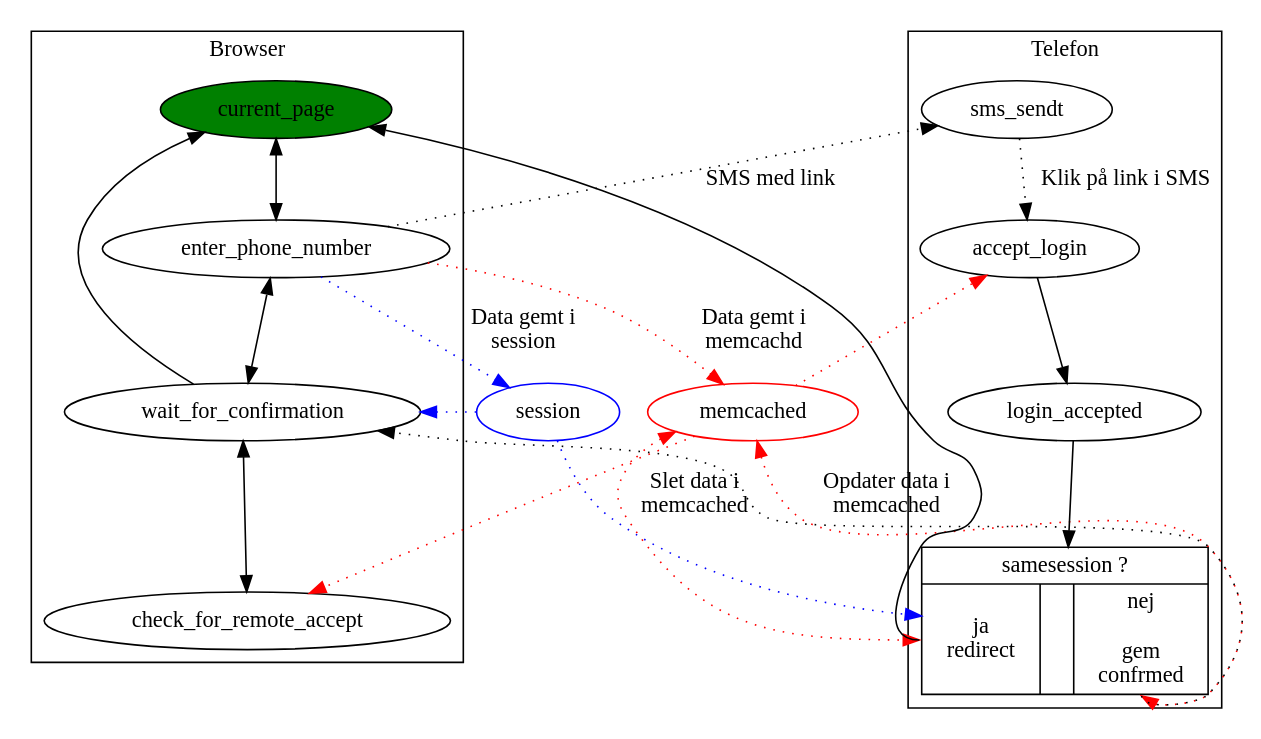
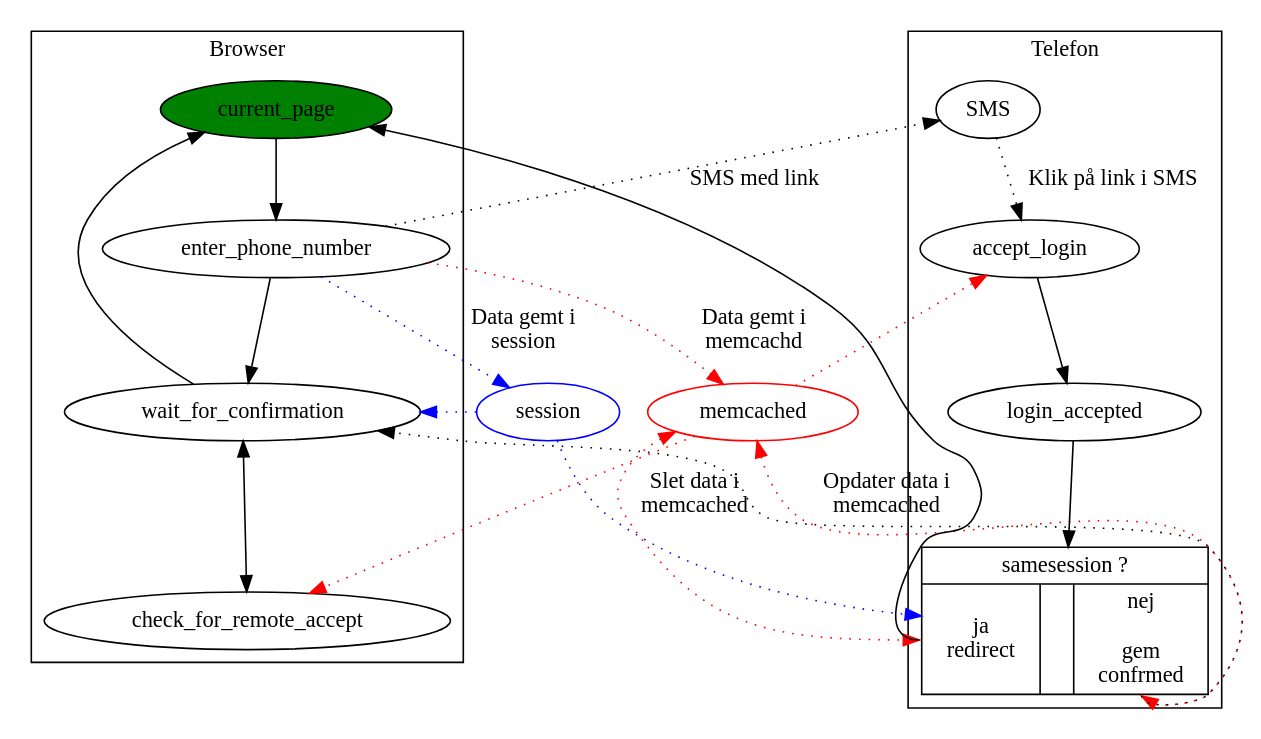
The diagram in projekter/sms-login.dot (alslug/alslug.dk), drawn with Graphviz before and after one commit.

```diff
--- a/projekter/sms-login.dot
+++ b/projekter/sms-login.dot
@@ -1,45 +1,40 @@
 digraph xxx {
   {
     edge [ color=red style=dotted ];
 ////////////////////////////////////////////////////////////////////////////////////////////
     enter_phone_number -> memcached [ label="Data gemt i \nmemcachd"]; /////
                           memcached [ color = red ];
                           memcached -> check_for_remote_accept;
                           memcached -> accept_login;
                           memcached -> same_session:ja [ label = "Slet data i \nmemcached" dir=both ];
                           memcached -> same_session:nej [ label = "Opdater data i \nmemcached" dir=both ];
 ////////////////////////////////////////////////////////////////////////////////////////////
   }
   {
     edge [ color=blue style=dotted ];
 ////////////////////////////////////////////////////////////////////////////////////////////
         enter_phone_number -> session [ label="Data gemt i \nsession"];    /////
                               session [ color = blue ];
                               session -> wait_for_confirmation;
                               session -> same_session;
 ////////////////////////////////////////////////////////////////////////////////////////////
   }
   subgraph cluster_browser {
     label = "Browser";
 
     current_page [ style=filled fillcolor=green ];
-    current_page ->
-          enter_phone_number ->
-                wait_for_confirmation ->
-                      check_for_remote_accept [ dir=both ];
+    current_page -> enter_phone_number -> wait_for_confirmation;
+                                          wait_for_confirmation -> check_for_remote_accept [ dir=both ];
     current_page -> wait_for_confirmation [ dir=back ];
   }
   subgraph cluster_telefon {
     label = "Telefon";
     same_session [ shape=record label="{samesession ?|{<ja> ja\nredirect| &nbsp; |<nej> nej\n\ngem\nconfrmed}}" ];
-    sms_sendt ->
-          accept_login [ style=dotted label="Klik på link i SMS" ];
-          accept_login ->
-                login_accepted->
-                      same_session;
-                      same_session:ja -> current_page;
-                      same_session:nej -> wait_for_confirmation [ style=dotted ];
+    SMS -> accept_login [ style=dotted label="Klik på link i SMS" ];
+           accept_login -> login_accepted-> same_session;
+                                            same_session:ja -> current_page;
+                                            same_session:nej -> wait_for_confirmation [ style=dotted ];
   }
   
-  enter_phone_number -> sms_sendt [ style= dotted label="SMS med link"];
+  enter_phone_number -> SMS [ style= dotted label="SMS med link"];
 }
```
